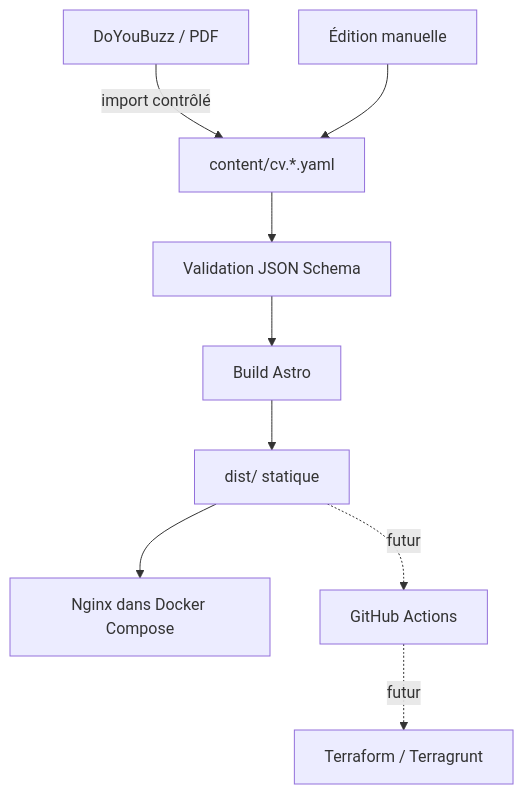
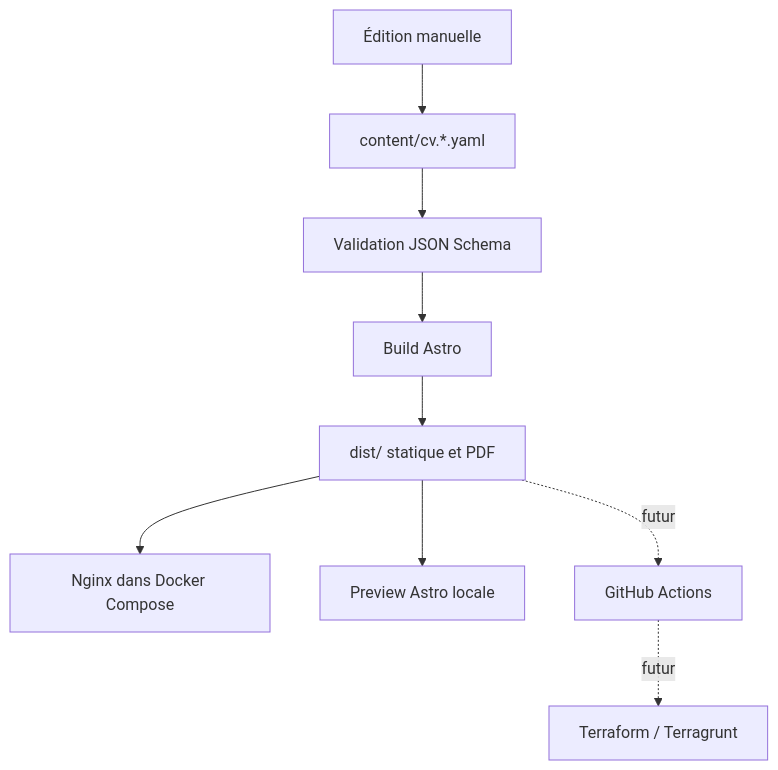
Before and after one commit to ylascaux/cv: the diagram in docs/architecture.md, drawn with Mermaid. The commit also changed other lines of this file and 4 other files, not shown here.

````diff
--- a/docs/architecture.md
+++ b/docs/architecture.md
@@ -5,11 +5,11 @@
 ```mermaid
 flowchart TD
-    S[DoYouBuzz / PDF] -->|import contrôlé| C[content/cv.*.yaml]
-    E[Édition manuelle] --> C
+    E[Édition manuelle] --> C[content/cv.*.yaml]
     C --> V[Validation JSON Schema]
     V --> A[Build Astro]
-    A --> D[dist/ statique]
+    A --> D[dist/ statique et PDF]
     D --> N[Nginx dans Docker Compose]
+    D --> P[Preview Astro locale]
     D -. futur .-> CI[GitHub Actions]
     CI -. futur .-> I[Terraform / Terragrunt]
 ```
````
